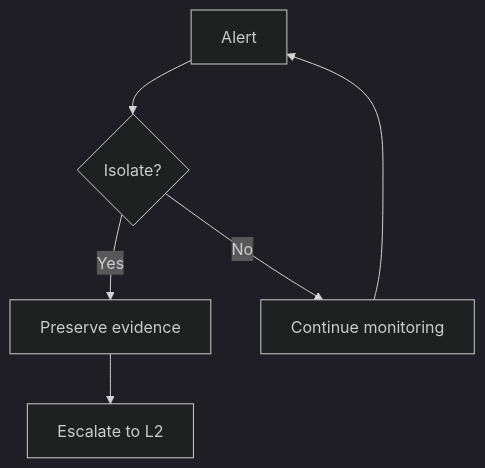
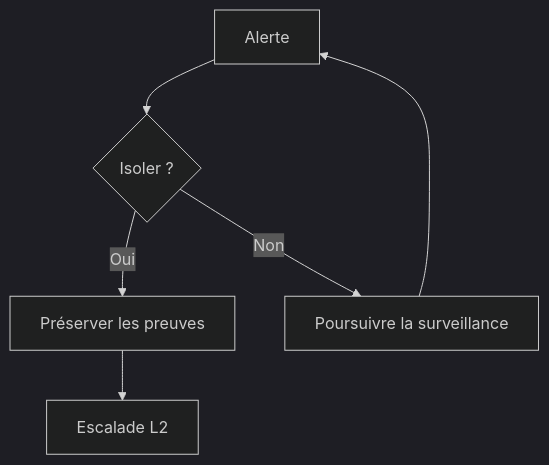
One commit to MiracleDvm/ir-firstline changed the diagram in docs/fr/templates/runbook-template.md. Above: the diagram before and after it, drawn with Mermaid (dark theme). The commit also changed other lines of this file and 11 other files, not shown here.

Commit message:
Translate Mermaid decision tree labels into French on all FR runbooks

````diff
--- a/docs/fr/templates/runbook-template.md
+++ b/docs/fr/templates/runbook-template.md
@@ -41,8 +44,8 @@
 ```mermaid
 flowchart TD
-    A[Alert] --> B{Isolate?}
-    B -->|Yes| C[Preserve evidence]
-    B -->|No| D[Continue monitoring]
-    C --> E[Escalate to L2]
+    A[Alerte] --> B{Isoler ?}
+    B -->|Oui| C[Préserver les preuves]
+    B -->|Non| D[Poursuivre la surveillance]
+    C --> E[Escalade L2]
     D --> A
 ```
````
